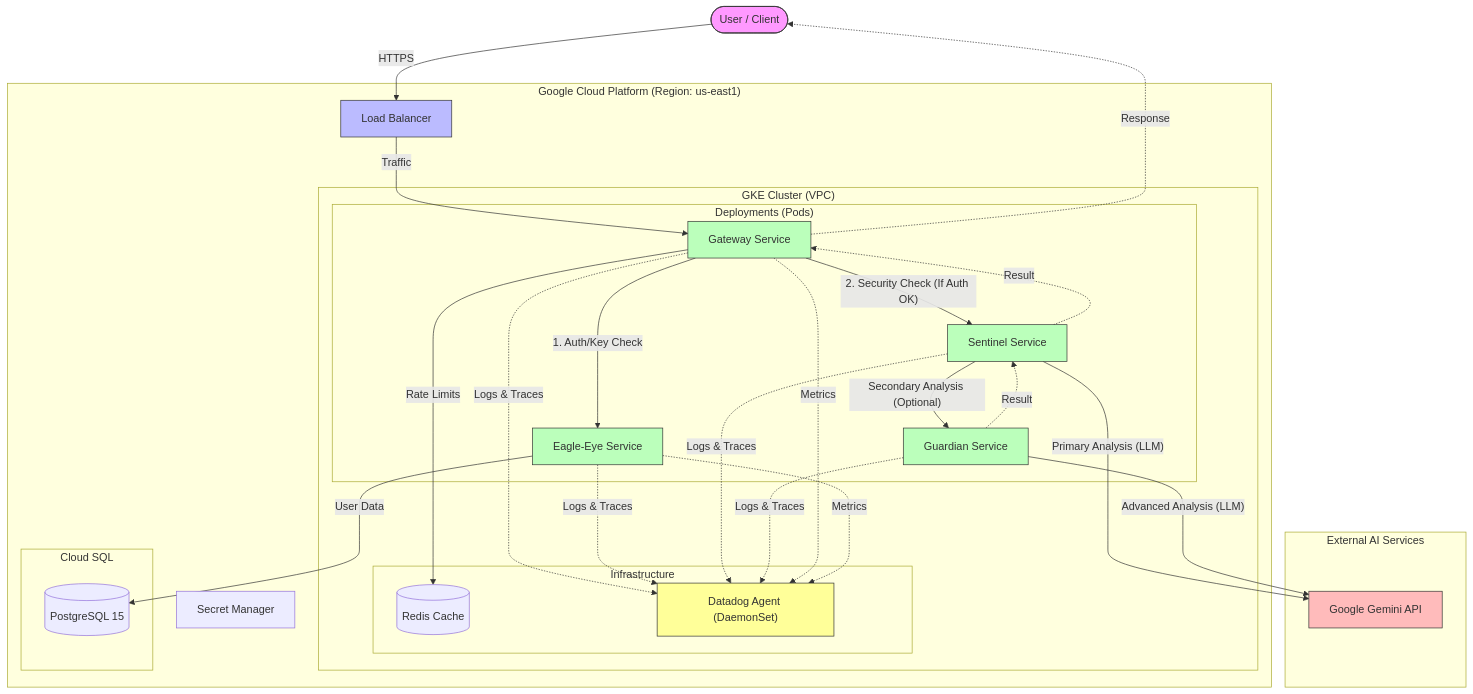
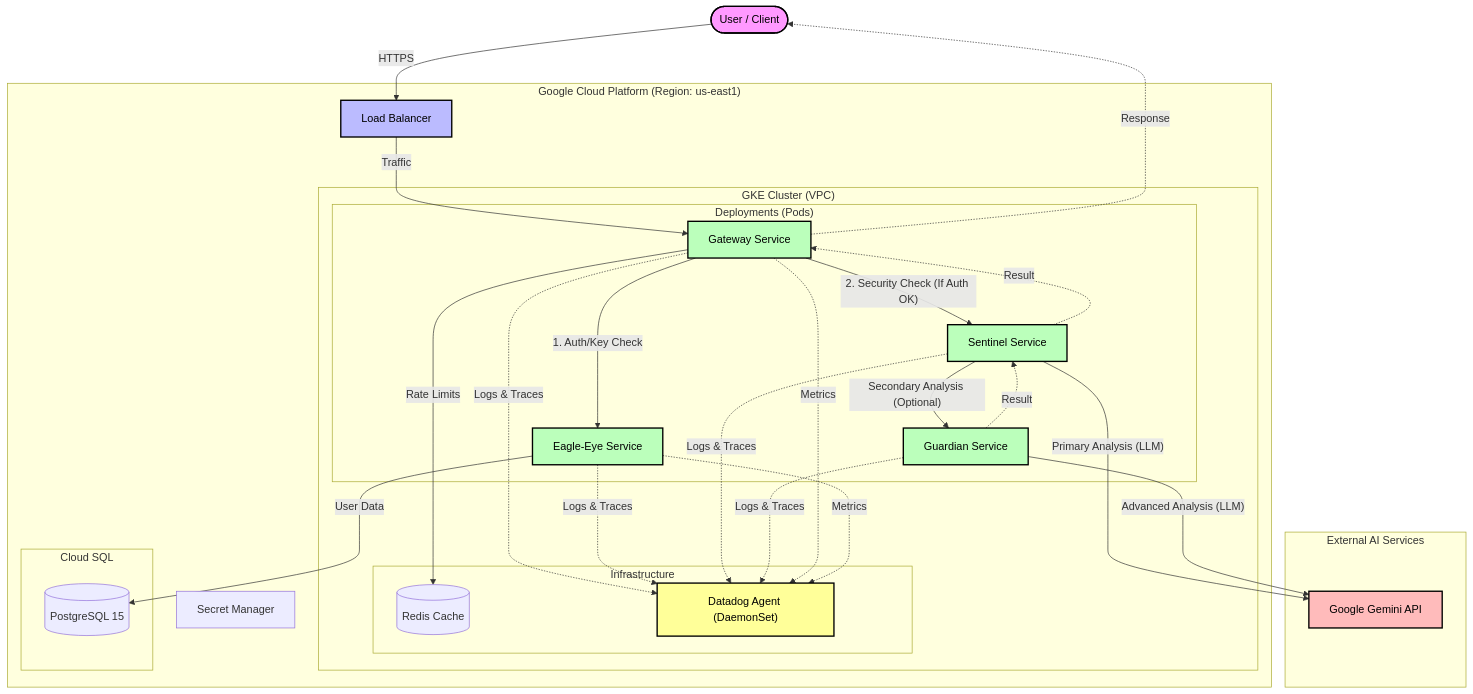
One commit to ClestiqShield/Terraform changed the diagram in README.md. Above: the diagram before and after it, drawn with Mermaid.

Commit message:
Coloring the boxes

````diff
--- a/README.md
+++ b/README.md
@@ -19,73 +19,73 @@
 ```mermaid
 graph TD
     User([User / Client])
     
     subgraph "Google Cloud Platform (Region: us-east1)"
         LB[Load Balancer]
         
         subgraph "GKE Cluster (VPC)"
             subgraph "Deployments (Pods)"
                 Gateway[Gateway Service]
                 EagleEye[Eagle-Eye Service]
                 Sentinel[Sentinel Service]
                 Guardian[Guardian Service]
             end
             
             subgraph "Infrastructure"
                 Redis[(Redis Cache)]
                 DD["Datadog Agent (DaemonSet)"]
             end
         end
         
         subgraph "Cloud SQL"
             DB[(PostgreSQL 15)]
         end
         
         Secrets[Secret Manager]
     end
     
     subgraph "External AI Services"
         Gemini[Google Gemini API]
     end
 
     %% Request Flow
     User -- HTTPS --> LB
     LB -- Traffic --> Gateway
     
     %% Gateway Logic
     Gateway -- Rate Limits --> Redis
     Gateway -- 1. Auth/Key Check --> EagleEye
     EagleEye -- User Data --> DB
     
     Gateway -- 2. Security Check (If Auth OK) --> Sentinel
     
     %% Security & AI Logic
     Sentinel -- Primary Analysis (LLM) --> Gemini
     Sentinel -- Secondary Analysis (Optional) --> Guardian
     Guardian -- Advanced Analysis (LLM) --> Gemini
     
     %% Returns
     Guardian -. Result .-> Sentinel
     Sentinel -. Result .-> Gateway
     Gateway -. Response .-> User
 
     %% Observability (Datadog)
     %% Logs & Traces for All
     Gateway -. Logs & Traces .-> DD
     EagleEye -. Logs & Traces .-> DD
     Sentinel -. Logs & Traces .-> DD
     Guardian -. Logs & Traces .-> DD
     
     %% Metrics Only for Gateway & EagleEye
     Gateway -. Metrics .-> DD
     EagleEye -. Metrics .-> DD
     
-    style User fill:#f9f,stroke:#333
-    style LB fill:#bbf,stroke:#333
-    style Gateway fill:#bfb,stroke:#333
-    style EagleEye fill:#bfb,stroke:#333
-    style Sentinel fill:#bfb,stroke:#333
-    style Guardian fill:#bfb,stroke:#333
-    style Gemini fill:#fbb,stroke:#333
-    style DD fill:#ff9,stroke:#333
+    style User fill:#f9f,stroke:#000,stroke-width:2px,color:#000
+    style LB fill:#bbf,stroke:#000,stroke-width:2px,color:#000
+    style Gateway fill:#bfb,stroke:#000,stroke-width:2px,color:#000
+    style EagleEye fill:#bfb,stroke:#000,stroke-width:2px,color:#000
+    style Sentinel fill:#bfb,stroke:#000,stroke-width:2px,color:#000
+    style Guardian fill:#bfb,stroke:#000,stroke-width:2px,color:#000
+    style Gemini fill:#fbb,stroke:#000,stroke-width:2px,color:#000
+    style DD fill:#ff9,stroke:#000,stroke-width:2px,color:#000
 ```
````
